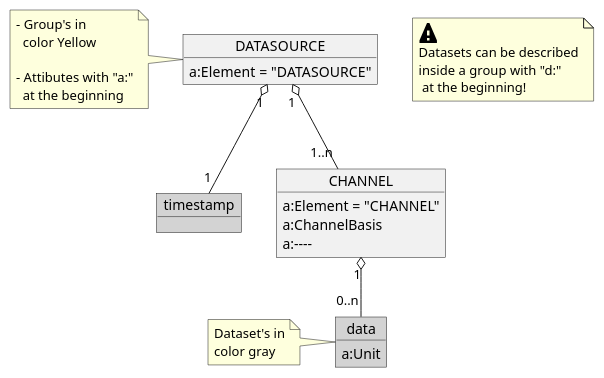
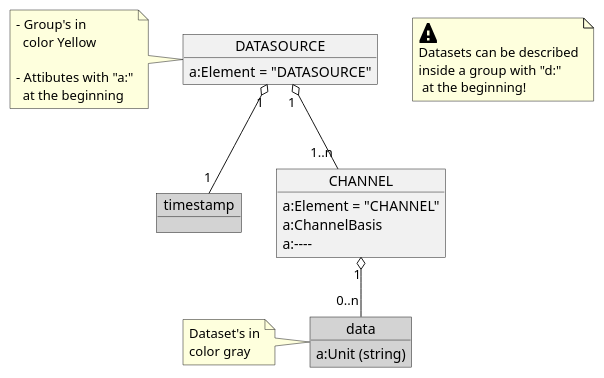
Before and after one commit to OpenRailAssociation/rcm-dx: the first of 9 diagrams in images.puml, drawn with PlantUML. The commit also changed other lines of this file and 5 other files, not shown here.

```diff
--- a/images.puml
+++ b/images.puml
@@ -4,41 +4,41 @@
 @startuml RCM_DX_diagram_example
 
   object DATASOURCE {
     a:Element = "DATASOURCE"
   }
   note left
     - Group's in
       color Yellow
     
     - Attibutes with "a:"
       at the beginning
   end note
 
   object timestamp #LightGray
 
   object CHANNEL {
     a:Element = "CHANNEL"
     a:ChannelBasis
     a:----
   }
 
   object data #LightGray{
-    a:Unit
+    a:Unit (string)
   }
   note left
     Dataset's in
     color gray
   end note
 
   note as HINT
     <size:30><&warning>
     Datasets can be described
     inside a group with "d:"
      at the beginning!
   end note
 
   DATASOURCE "1" o-- "1" timestamp
   DATASOURCE "1" o-- "1..n" CHANNEL
   CHANNEL "1" o-- "0..n" data
 
 @enduml
```
